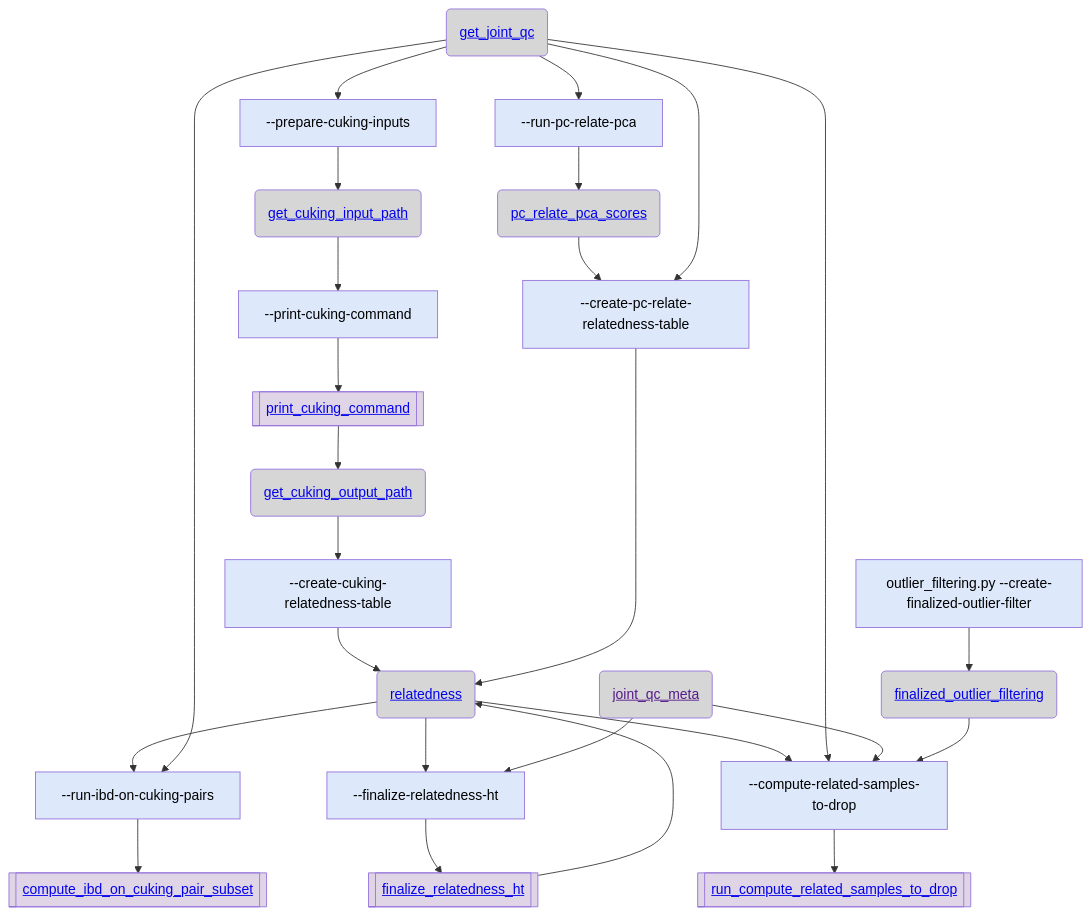
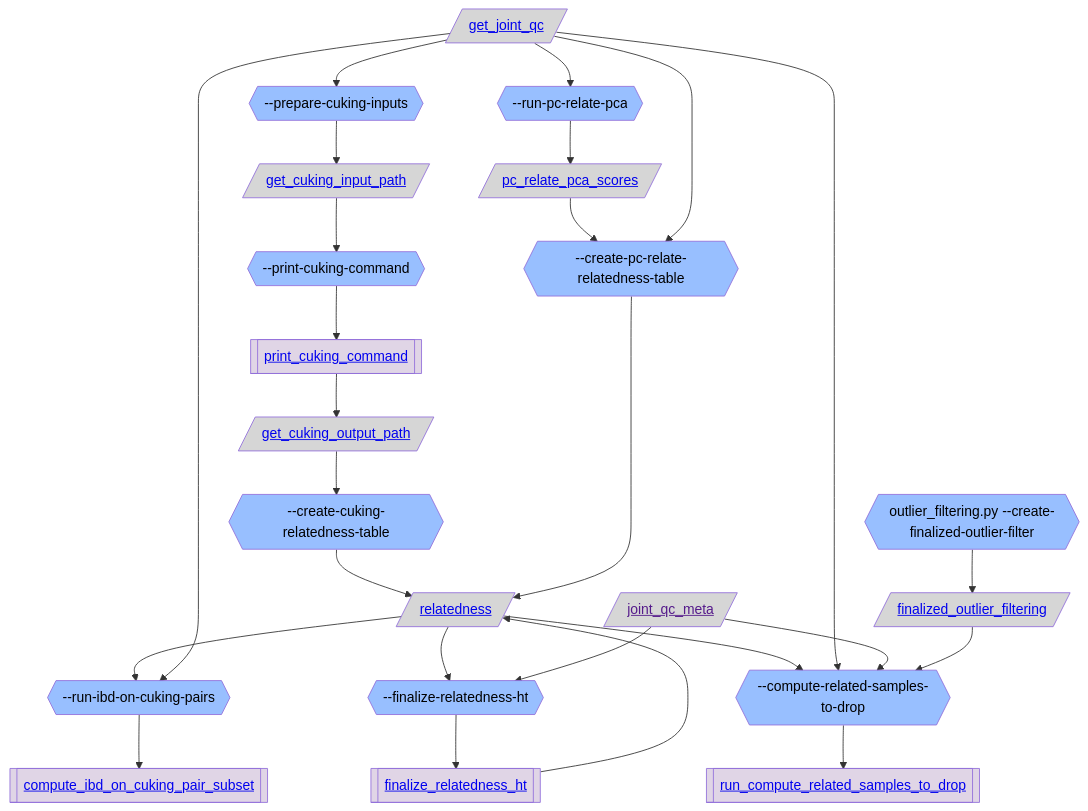
Before and after one commit to broadinstitute/gnomad_qc: the second of 4 diagrams in gnomad_qc/v4/sample_qc/README.md, drawn with Mermaid. The commit also changed other lines of this file and 4 other files, not shown here.

````diff
--- a/gnomad_qc/v4/sample_qc/README.md
+++ b/gnomad_qc/v4/sample_qc/README.md
@@ -107,56 +107,56 @@
 ```mermaid
 flowchart TB;
   classDef script_color fill:#2C5D4A,color:#000000
-  classDef step_color fill:#DDE9FB,color:#000000
+  classDef step_color fill:#98BFFF,color:#000000
   classDef func_color fill:#E0D5E6,color:#000000
   classDef gnomad_methods_color fill:#F9F2CE,color:#000000
   classDef hail_color fill:#FAEACE,color:#000000
   classDef resource_color fill:#D6D6D6,color:#000000
   classDef validity_check_color fill:#2C5D4A,color:#000000
 
-  resource_get_joint_qc("<a href='https://github.com/broadinstitute/gnomad_qc/tree/main/gnomad_qc/v4/resources/sample_qc.py#L388'>get_joint_qc</a>"):::resource_color;
-  step_prepare_cuking_inputs["--prepare-cuking-inputs"]:::step_color;
-  resource_get_cuking_input_path("<a href='https://github.com/broadinstitute/gnomad_qc/tree/main/gnomad_qc/v4/resources/sample_qc.py#L423'>get_cuking_input_path</a>"):::resource_color;
-  step_print_cuking_command["--print-cuking-command"]:::step_color;
+  resource_get_joint_qc[/"<a href='https://github.com/broadinstitute/gnomad_qc/tree/main/gnomad_qc/v4/resources/sample_qc.py#L388'>get_joint_qc</a>"/]:::resource_color;
+  step_prepare_cuking_inputs{{"--prepare-cuking-inputs"}}:::step_color;
+  resource_get_cuking_input_path[/"<a href='https://github.com/broadinstitute/gnomad_qc/tree/main/gnomad_qc/v4/resources/sample_qc.py#L423'>get_cuking_input_path</a>"/]:::resource_color;
+  step_print_cuking_command{{"--print-cuking-command"}}:::step_color;
   func_print_cuking_command[["<a href='https://github.com/broadinstitute/gnomad_qc/tree/main/gnomad_qc/v4/sample_qc/relatedness.py#L46'>print_cuking_command</a>"]]:::func_color;
-  resource_get_cuking_output_path("<a href='https://github.com/broadinstitute/gnomad_qc/tree/main/gnomad_qc/v4/resources/sample_qc.py#L439'>get_cuking_output_path</a>"):::resource_color;
-  step_create_cuking_relatedness_table["--create-cuking-relatedness-table"]:::step_color;
-  resource_relatedness("<a href='https://github.com/broadinstitute/gnomad_qc/tree/main/gnomad_qc/v4/resources/sample_qc.py#L473'>relatedness</a>"):::resource_color;
-  step_run_ibd_on_cuking_pairs["--run-ibd-on-cuking-pairs"]:::step_color;
+  resource_get_cuking_output_path[/"<a href='https://github.com/broadinstitute/gnomad_qc/tree/main/gnomad_qc/v4/resources/sample_qc.py#L439'>get_cuking_output_path</a>"/]:::resource_color;
+  step_create_cuking_relatedness_table{{"--create-cuking-relatedness-table"}}:::step_color;
+  resource_relatedness[/"<a href='https://github.com/broadinstitute/gnomad_qc/tree/main/gnomad_qc/v4/resources/sample_qc.py#L473'>relatedness</a>"/]:::resource_color;
+  step_run_ibd_on_cuking_pairs{{"--run-ibd-on-cuking-pairs"}}:::step_color;
   func_compute_ibd_on_cuking_pair_subset[["<a href='https://github.com/broadinstitute/gnomad_qc/tree/main/gnomad_qc/v4/sample_qc/relatedness.py#L93'>compute_ibd_on_cuking_pair_subset</a>"]]:::func_color;
-  step_finalize_relatedness_ht["--finalize-relatedness-ht"]:::step_color;
+  step_finalize_relatedness_ht{{"--finalize-relatedness-ht"}}:::step_color;
   func_finalize_relatedness_ht[["<a href='https://github.com/broadinstitute/gnomad_qc/tree/main/gnomad_qc/v4/sample_qc/relatedness.py#L175'>finalize_relatedness_ht</a>"]]:::func_color;
-  resource_joint_qc_meta("<a href=''>joint_qc_meta</a>"):::resource_color;
-  step_create_pc_relate_relatedness_table["--create-pc-relate-relatedness-table"]:::step_color;
-  step_compute_related_samples_to_drop["--compute-related-samples-to-drop"]:::step_color;
+  resource_joint_qc_meta[/"<a href=''>joint_qc_meta</a>"/]:::resource_color;
+  step_create_pc_relate_relatedness_table{{"--create-pc-relate-relatedness-table"}}:::step_color;
+  step_compute_related_samples_to_drop{{"--compute-related-samples-to-drop"}}:::step_color;
   func_run_compute_related_samples_to_drop[["<a href='https://github.com/broadinstitute/gnomad_qc/tree/main/gnomad_qc/v4/sample_qc/relatedness.py#L315'>run_compute_related_samples_to_drop</a>"]]:::func_color;
-  step_create_finalized_outlier_filter["outlier_filtering.py --create-finalized-outlier-filter"]:::step_color;
-  resource_finalized_outlier_filtering("<a href='https://github.com/broadinstitute/gnomad_qc/tree/main/gnomad_qc/v4/resources/sample_qc.py#L874'>finalized_outlier_filtering</a>"):::resource_color;
-  step_run_pc_relate_pca["--run-pc-relate-pca"]:::step_color;
-  resource_pc_relate_pca_scores("<a href='https://github.com/broadinstitute/gnomad_qc/tree/main/gnomad_qc/v4/resources/sample_qc.py#L455'>pc_relate_pca_scores</a>"):::resource_color;
+  step_create_finalized_outlier_filter{{"outlier_filtering.py --create-finalized-outlier-filter"}}:::step_color;
+  resource_finalized_outlier_filtering[/"<a href='https://github.com/broadinstitute/gnomad_qc/tree/main/gnomad_qc/v4/resources/sample_qc.py#L874'>finalized_outlier_filtering</a>"/]:::resource_color;
+  step_run_pc_relate_pca{{"--run-pc-relate-pca"}}:::step_color;
+  resource_pc_relate_pca_scores[/"<a href='https://github.com/broadinstitute/gnomad_qc/tree/main/gnomad_qc/v4/resources/sample_qc.py#L455'>pc_relate_pca_scores</a>"/]:::resource_color;
   resource_get_joint_qc --> step_prepare_cuking_inputs;
   step_prepare_cuking_inputs --> resource_get_cuking_input_path;
   resource_get_cuking_input_path --> step_print_cuking_command;
   step_print_cuking_command --> func_print_cuking_command;
   func_print_cuking_command --> resource_get_cuking_output_path;
   resource_get_cuking_output_path --> step_create_cuking_relatedness_table;
   step_create_cuking_relatedness_table --> resource_relatedness;
   resource_relatedness --> step_run_ibd_on_cuking_pairs;
   step_run_ibd_on_cuking_pairs --> func_compute_ibd_on_cuking_pair_subset;
   resource_get_joint_qc --> step_run_ibd_on_cuking_pairs;
   resource_relatedness --> step_finalize_relatedness_ht;
   step_finalize_relatedness_ht --> func_finalize_relatedness_ht;
   resource_joint_qc_meta --> step_finalize_relatedness_ht;
   step_create_pc_relate_relatedness_table --> resource_relatedness;
   func_finalize_relatedness_ht --> resource_relatedness;
   resource_relatedness --> step_compute_related_samples_to_drop;
   step_compute_related_samples_to_drop --> func_run_compute_related_samples_to_drop;
   resource_get_joint_qc --> step_compute_related_samples_to_drop;
   resource_joint_qc_meta --> step_compute_related_samples_to_drop;
   step_create_finalized_outlier_filter --> resource_finalized_outlier_filtering;
   resource_finalized_outlier_filtering --> step_compute_related_samples_to_drop;
   resource_get_joint_qc --> step_run_pc_relate_pca;
   step_run_pc_relate_pca --> resource_pc_relate_pca_scores;
   resource_pc_relate_pca_scores --> step_create_pc_relate_relatedness_table;
   resource_get_joint_qc --> step_create_pc_relate_relatedness_table;
 ```
````
